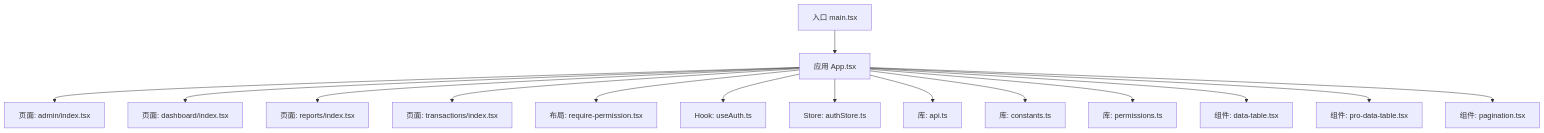
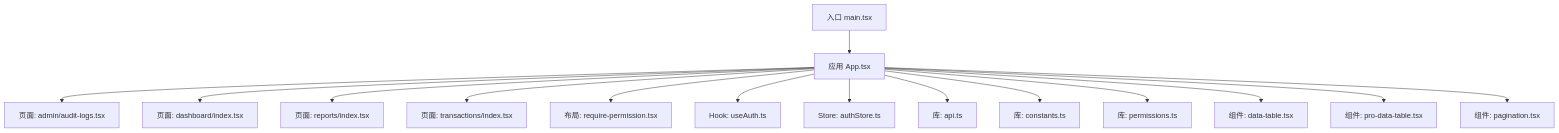
Before and after one commit to Damao997/newproject: the first of 8 diagrams in .qoder/repowiki/zh/content/核心模块/审计日志系统.md, drawn with Mermaid. The commit also changed other lines of this file and 10 other files, not shown here.

````diff
--- a/.qoder/repowiki/zh/content/核心模块/审计日志系统.md
+++ b/.qoder/repowiki/zh/content/核心模块/审计日志系统.md
@@ -54,17 +48,17 @@
 ```mermaid
 graph TB
 A["入口 main.tsx"] --> B["应用 App.tsx"]
-B --> C["页面: admin/index.tsx"]
+B --> C["页面: admin/audit-logs.tsx"]
 B --> D["页面: dashboard/index.tsx"]
 B --> E["页面: reports/index.tsx"]
 B --> F["页面: transactions/index.tsx"]
 B --> G["布局: require-permission.tsx"]
 B --> H["Hook: useAuth.ts"]
 B --> I["Store: authStore.ts"]
 B --> J["库: api.ts"]
 B --> K["库: constants.ts"]
 B --> L["库: permissions.ts"]
 B --> M["组件: data-table.tsx"]
 B --> N["组件: pro-data-table.tsx"]
 B --> O["组件: pagination.tsx"]
 ```
````
